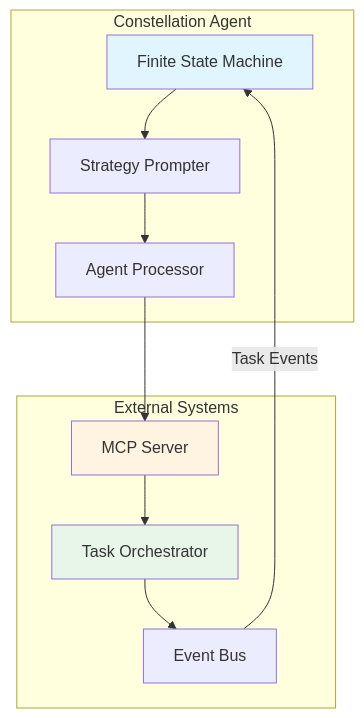
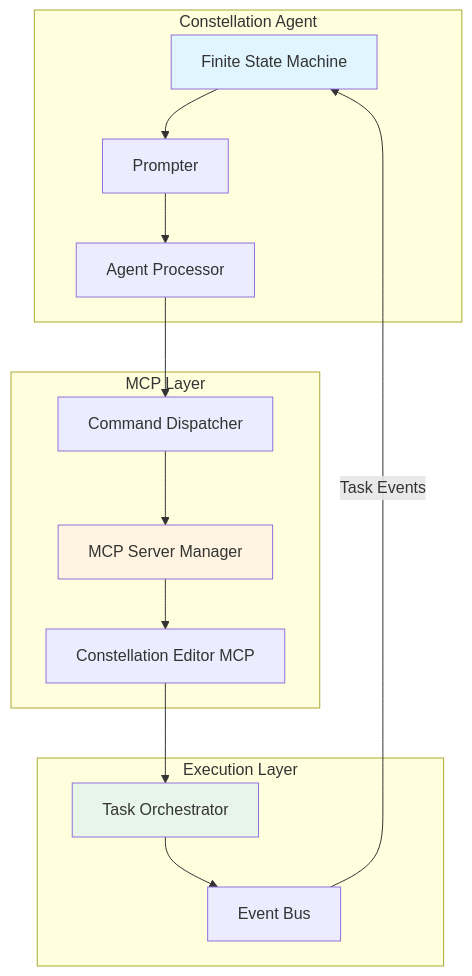
One commit to microsoft/UFO changed the second of 6 diagrams in documents/docs/galaxy/constellation_agent/overview.md. Above: the diagram before and after it, drawn with Mermaid. The commit also changed other lines of this file and 13 other files, not shown here.

````diff
--- a/documents/docs/galaxy/constellation_agent/overview.md
+++ b/documents/docs/galaxy/constellation_agent/overview.md
@@ -73,25 +61,32 @@
 ```mermaid
 graph TB
     subgraph "Constellation Agent"
         FSM[Finite State Machine]
-        Prompter[Strategy Prompter]
+        Prompter[Prompter]
         Processor[Agent Processor]
     end
     
-    subgraph "External Systems"
-        MCP[MCP Server]
+    subgraph "MCP Layer"
+        Dispatcher[Command Dispatcher]
+        MCP[MCP Server Manager]
+        Editor[Constellation Editor MCP]
+    end
+    
+    subgraph "Execution Layer"
         Orchestrator[Task Orchestrator]
         EventBus[Event Bus]
     end
     
     FSM --> Prompter
     Prompter --> Processor
-    Processor --> MCP
-    MCP --> Orchestrator
+    Processor --> Dispatcher
+    Dispatcher --> MCP
+    MCP --> Editor
+    Editor --> Orchestrator
     Orchestrator --> EventBus
     EventBus -->|Task Events| FSM
     
     style FSM fill:#e1f5ff
     style MCP fill:#fff4e1
     style Orchestrator fill:#e8f5e9
 ```
````
